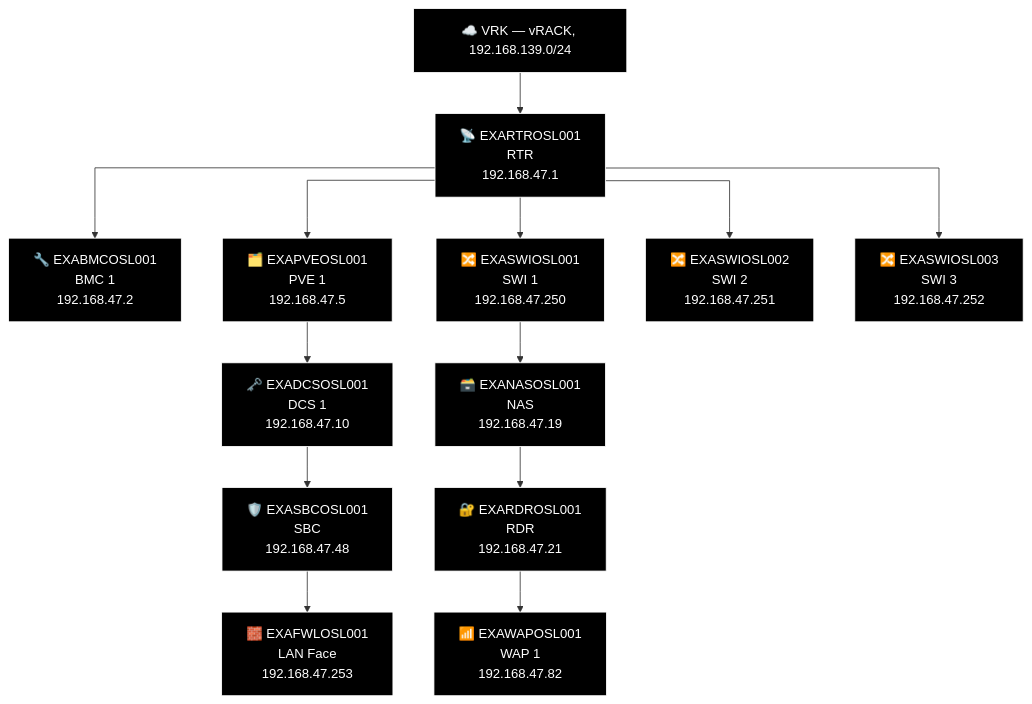
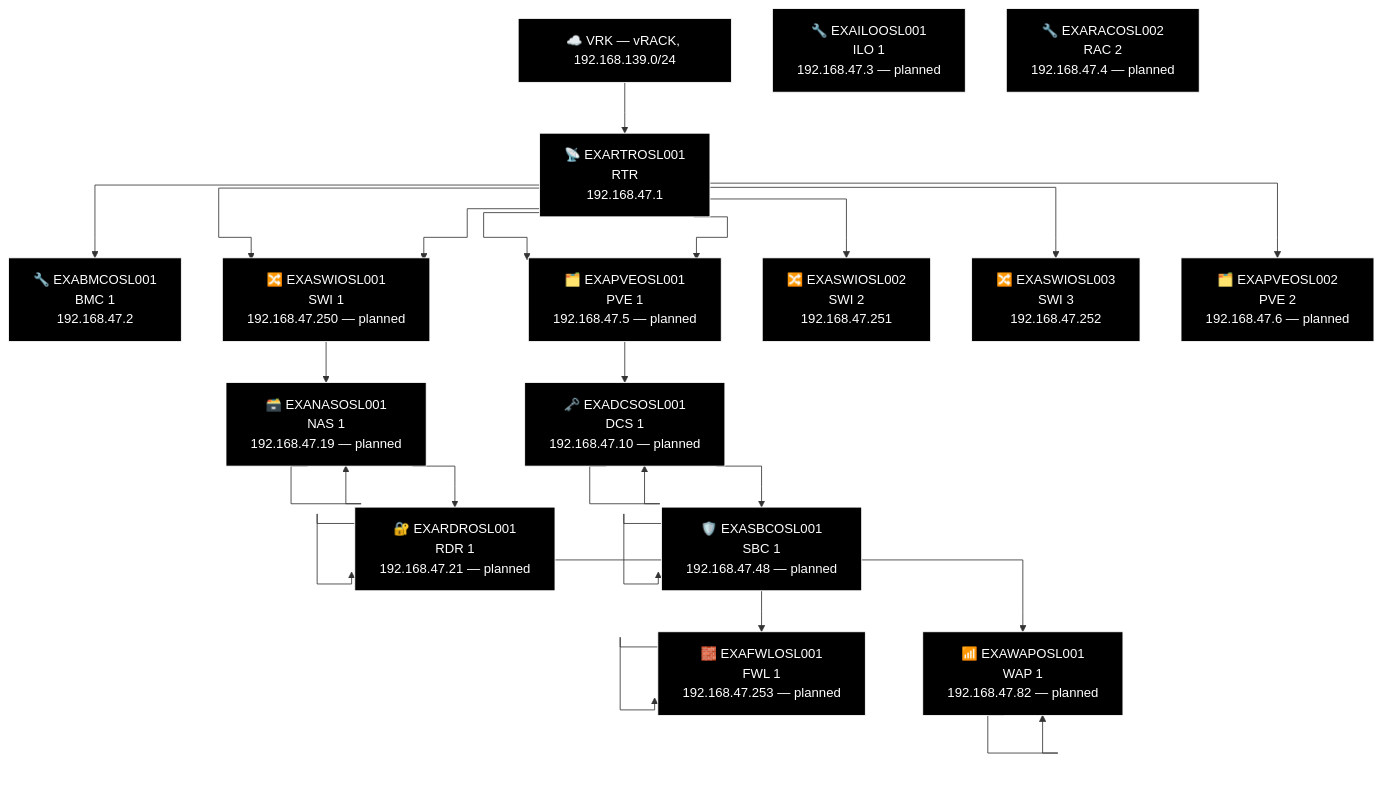
One commit to knightmare2600/example_music_infra changed the second of 2 diagrams in docs/network-diagram/norge.md. Above: the diagram before and after it, drawn with Mermaid. The commit also changed 10 other files, not shown here.

````diff
--- a/docs/network-diagram/norge.md
+++ b/docs/network-diagram/norge.md
@@ -31,40 +31,65 @@
 ```mermaid
 %% GENERATED:TOPOLOGY:OSL:START
 %%{init: {'flowchart': {'curve': 'stepAfter'}}}%%
 graph TD
     T_VRK["☁️ VRK — vRACK, 192.168.139.0/24"]
     T_RTR["📡 EXARTROSL001<br/>RTR<br/>192.168.47.1"]
     T_VRK --> T_RTR
     T_BMC["🔧 EXABMCOSL001<br/>BMC 1<br/>192.168.47.2"]
     T_RTR --> T_BMC
     T_PVE["🗂️ EXAPVEOSL001<br/>PVE 1<br/>192.168.47.5"]
     T_RTR --> T_PVE
     T_SWI["🔀 EXASWIOSL001<br/>SWI 1<br/>192.168.47.250"]
     T_RTR --> T_SWI
     T_SWI2["🔀 EXASWIOSL002<br/>SWI 2<br/>192.168.47.251"]
     T_RTR --> T_SWI2
     T_SWI3["🔀 EXASWIOSL003<br/>SWI 3<br/>192.168.47.252"]
     T_RTR --> T_SWI3
+    T_SWI["🔀 EXASWIOSL001<br/>SWI 1<br/>192.168.47.250 — planned"]
+    T_RTR --> T_SWI
+    T_PVE["🗂️ EXAPVEOSL001<br/>PVE 1<br/>192.168.47.5 — planned"]
+    T_RTR --> T_PVE
+    T_PVE2["🗂️ EXAPVEOSL002<br/>PVE 2<br/>192.168.47.6 — planned"]
+    T_RTR --> T_PVE2
     T_NAS["🗃️ EXANASOSL001<br/>NAS<br/>192.168.47.19"]
+    T_NAS["🗃️ EXANASOSL001<br/>NAS 1<br/>192.168.47.19 — planned"]
     T_RDR["🔐 EXARDROSL001<br/>RDR<br/>192.168.47.21"]
+    T_RDR["🔐 EXARDROSL001<br/>RDR 1<br/>192.168.47.21 — planned"]
     T_WAP["📶 EXAWAPOSL001<br/>WAP 1<br/>192.168.47.82"]
-    T_SWI --> T_NAS --> T_RDR --> T_WAP
+    T_WAP["📶 EXAWAPOSL001<br/>WAP 1<br/>192.168.47.82 — planned"]
+    T_SWI --> T_NAS --> T_NAS --> T_RDR --> T_RDR --> T_WAP --> T_WAP
     T_DCS["🗝️ EXADCSOSL001<br/>DCS 1<br/>192.168.47.10"]
+    T_DCS["🗝️ EXADCSOSL001<br/>DCS 1<br/>192.168.47.10 — planned"]
     T_SBC["🛡️ EXASBCOSL001<br/>SBC<br/>192.168.47.48"]
+    T_SBC["🛡️ EXASBCOSL001<br/>SBC 1<br/>192.168.47.48 — planned"]
     T_FWL["🧱 EXAFWLOSL001<br/>LAN Face<br/>192.168.47.253"]
-    T_PVE --> T_DCS --> T_SBC --> T_FWL
+    T_FWL["🧱 EXAFWLOSL001<br/>FWL 1<br/>192.168.47.253 — planned"]
+    T_PVE --> T_DCS --> T_DCS --> T_SBC --> T_SBC --> T_FWL --> T_FWL
+    T_ILO["🔧 EXAILOOSL001<br/>ILO 1<br/>192.168.47.3 — planned"]
+    T_RAC["🔧 EXARACOSL002<br/>RAC 2<br/>192.168.47.4 — planned"]
     style T_VRK fill:#000000,stroke:#FFFFFF,color:#FFFFFF
     style T_RTR fill:#000000,stroke:#FFFFFF,color:#FFFFFF
     style T_BMC fill:#000000,stroke:#FFFFFF,color:#FFFFFF
     style T_PVE fill:#000000,stroke:#FFFFFF,color:#FFFFFF
     style T_SWI fill:#000000,stroke:#FFFFFF,color:#FFFFFF
     style T_SWI2 fill:#000000,stroke:#FFFFFF,color:#FFFFFF
     style T_SWI3 fill:#000000,stroke:#FFFFFF,color:#FFFFFF
+    style T_SWI fill:#000000,stroke:#FFFFFF,color:#FFFFFF
+    style T_PVE fill:#000000,stroke:#FFFFFF,color:#FFFFFF
+    style T_PVE2 fill:#000000,stroke:#FFFFFF,color:#FFFFFF
+    style T_NAS fill:#000000,stroke:#FFFFFF,color:#FFFFFF
     style T_NAS fill:#000000,stroke:#FFFFFF,color:#FFFFFF
     style T_RDR fill:#000000,stroke:#FFFFFF,color:#FFFFFF
+    style T_RDR fill:#000000,stroke:#FFFFFF,color:#FFFFFF
+    style T_WAP fill:#000000,stroke:#FFFFFF,color:#FFFFFF
     style T_WAP fill:#000000,stroke:#FFFFFF,color:#FFFFFF
     style T_DCS fill:#000000,stroke:#FFFFFF,color:#FFFFFF
+    style T_DCS fill:#000000,stroke:#FFFFFF,color:#FFFFFF
+    style T_SBC fill:#000000,stroke:#FFFFFF,color:#FFFFFF
     style T_SBC fill:#000000,stroke:#FFFFFF,color:#FFFFFF
     style T_FWL fill:#000000,stroke:#FFFFFF,color:#FFFFFF
+    style T_FWL fill:#000000,stroke:#FFFFFF,color:#FFFFFF
+    style T_ILO fill:#000000,stroke:#FFFFFF,color:#FFFFFF
+    style T_RAC fill:#000000,stroke:#FFFFFF,color:#FFFFFF
 %% GENERATED:TOPOLOGY:OSL:END
 ```
````
